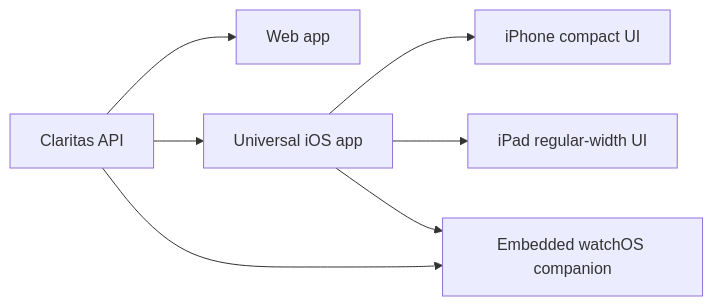
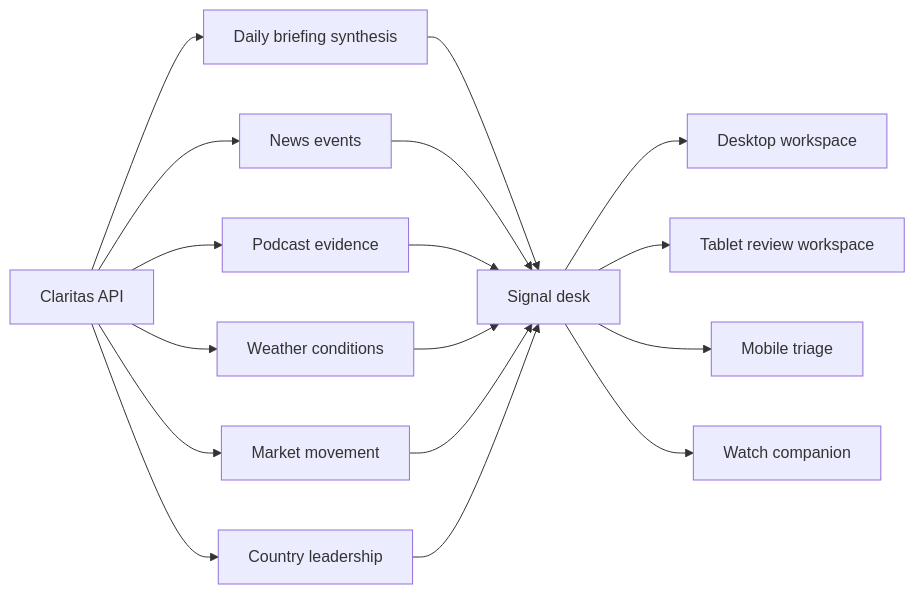
The diagram in docs/architecture/cross-device-design.md (eojgroup/claritas), drawn with Mermaid before and after one commit. The commit also changed other lines of this file and 19 other files, not shown here.

````diff
--- a/docs/architecture/cross-device-design.md
+++ b/docs/architecture/cross-device-design.md
@@ -15,9 +20,21 @@
 ```mermaid
 flowchart LR
-  API[Claritas API] --> Web[Web app]
-  API --> IOS[Universal iOS app]
-  IOS --> Phone[iPhone compact UI]
-  IOS --> Pad[iPad regular-width UI]
-  IOS --> Watch[Embedded watchOS companion]
-  API --> Watch
+  API[Claritas API] --> Brief[Daily briefing synthesis]
+  API --> News[News events]
+  API --> Podcasts[Podcast evidence]
+  API --> Weather[Weather conditions]
+  API --> Markets[Market movement]
+  API --> Leadership[Country leadership]
+
+  Brief --> Desk[Signal desk]
+  News --> Desk
+  Podcasts --> Desk
+  Weather --> Desk
+  Markets --> Desk
+  Leadership --> Desk
+
+  Desk --> Web[Desktop workspace]
+  Desk --> Pad[Tablet review workspace]
+  Desk --> Phone[Mobile triage]
+  Desk --> Watch[Watch companion]
 ```
````
